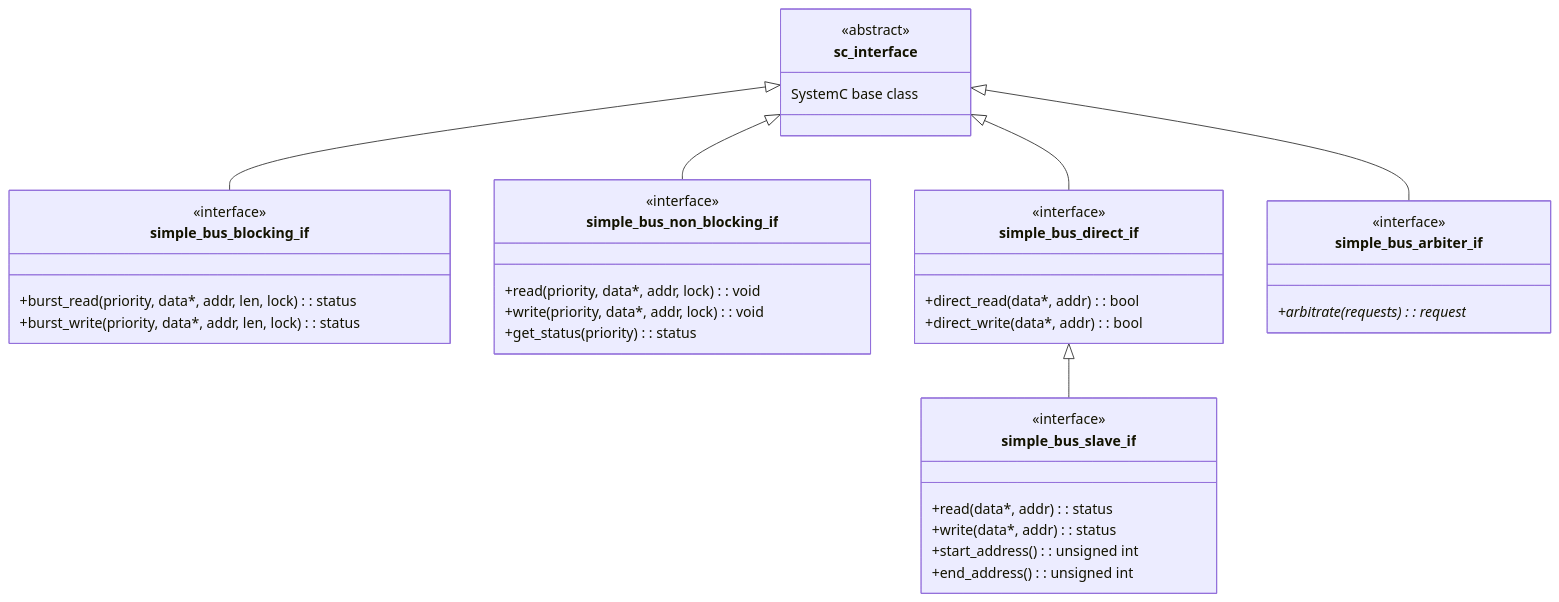
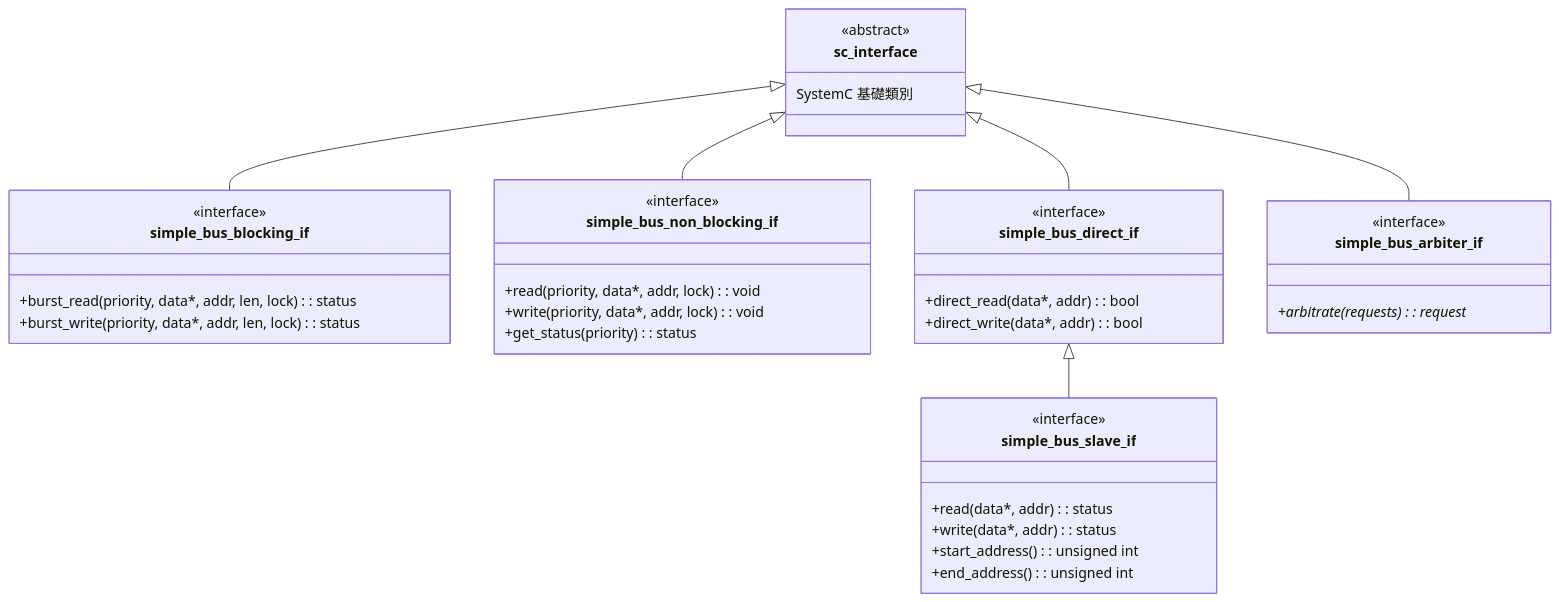
One commit to abc1199281lab-cmd/systemc_notes changed the first of 2 diagrams in doc_v2/examples/code/sysc/simple_bus/interfaces.md. Above: the diagram before and after it, drawn with Mermaid. The commit also changed other lines of this file and 8 other files, not shown here.

````diff
--- a/doc_v2/examples/code/sysc/simple_bus/interfaces.md
+++ b/doc_v2/examples/code/sysc/simple_bus/interfaces.md
@@ -13,45 +13,45 @@
 ```mermaid
 classDiagram
     class sc_interface {
         <<abstract>>
-        SystemC base class
+        SystemC 基礎類別
     }
 
     class simple_bus_blocking_if {
         <<interface>>
         +burst_read(priority, data*, addr, len, lock) : status
         +burst_write(priority, data*, addr, len, lock) : status
     }
 
     class simple_bus_non_blocking_if {
         <<interface>>
         +read(priority, data*, addr, lock) : void
         +write(priority, data*, addr, lock) : void
         +get_status(priority) : status
     }
 
     class simple_bus_direct_if {
         <<interface>>
         +direct_read(data*, addr) : bool
         +direct_write(data*, addr) : bool
     }
 
     class simple_bus_arbiter_if {
         <<interface>>
         +arbitrate(requests) : request*
     }
 
     class simple_bus_slave_if {
         <<interface>>
         +read(data*, addr) : status
         +write(data*, addr) : status
         +start_address() : unsigned int
         +end_address() : unsigned int
     }
 
     sc_interface <|-- simple_bus_blocking_if
     sc_interface <|-- simple_bus_non_blocking_if
     sc_interface <|-- simple_bus_direct_if
     sc_interface <|-- simple_bus_arbiter_if
     simple_bus_direct_if <|-- simple_bus_slave_if
 ```
````
